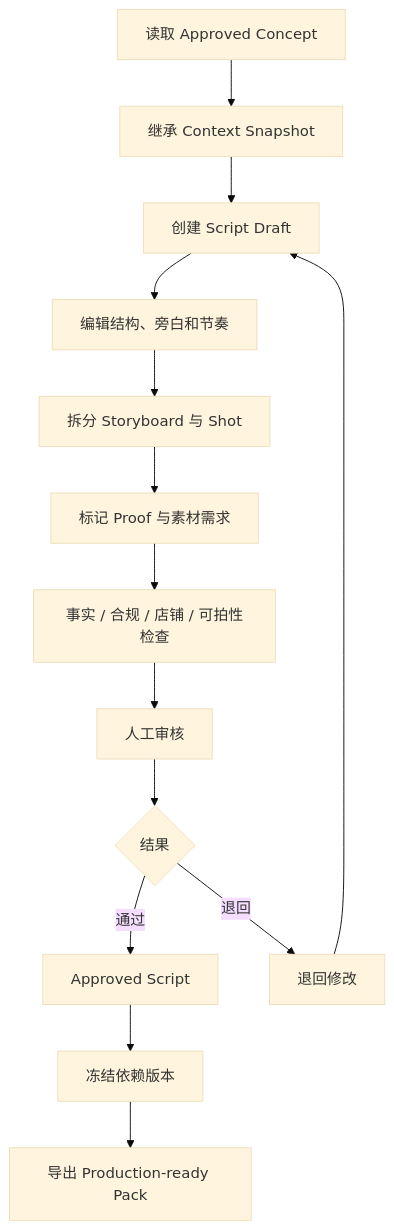
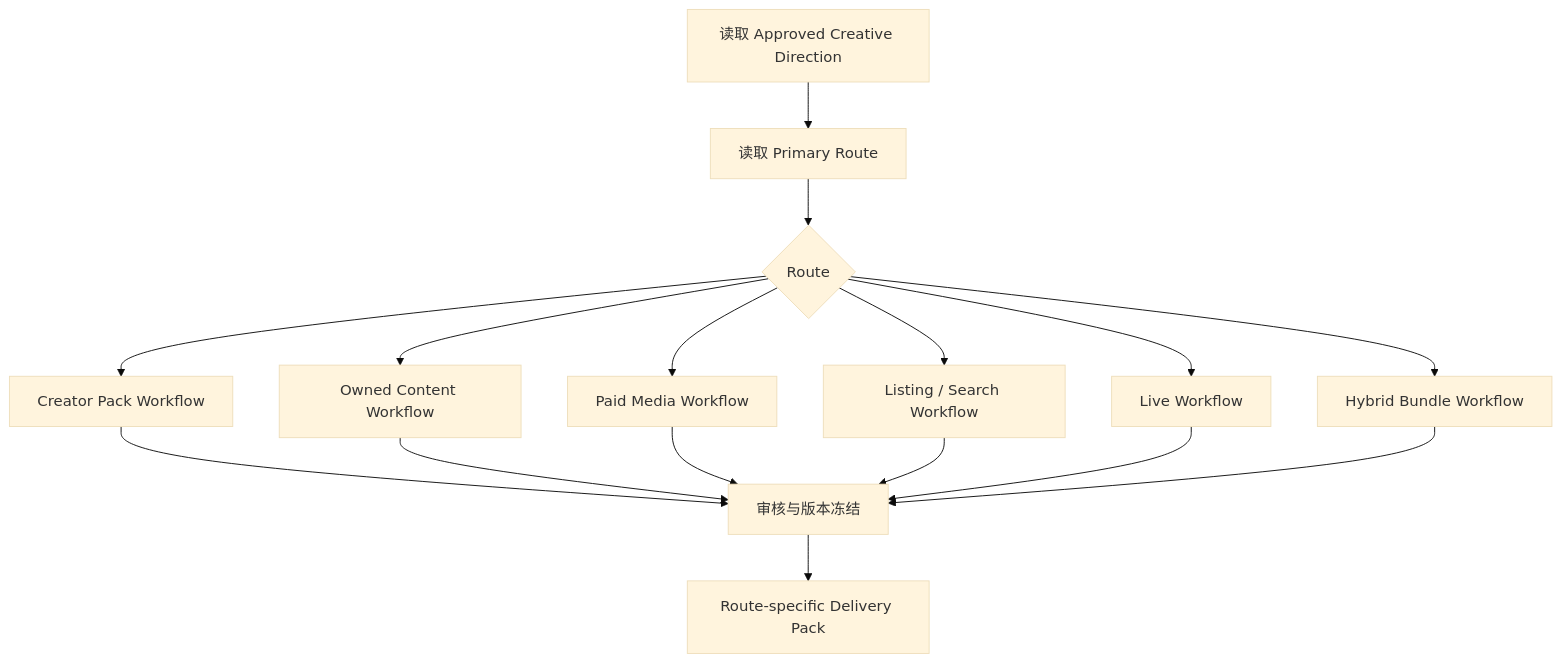
The fourth of 6 diagrams in 05_RELEASE_1_VERTICAL_SLICES.md (SONG-36/TK_Video_Intelligence_Workbench), drawn with Mermaid (base theme) before and after one commit. The commit also changed other lines of this file and 8 other files, not shown here.

````diff
--- a/05_RELEASE_1_VERTICAL_SLICES.md
+++ b/05_RELEASE_1_VERTICAL_SLICES.md
@@ -272,20 +262,29 @@
 ```mermaid
 flowchart TB
-    A[读取 Approved Concept]
-    B[继承 Context Snapshot]
-    C[创建 Script Draft]
-    D[编辑结构、旁白和节奏]
-    E[拆分 Storyboard 与 Shot]
-    F[标记 Proof 与素材需求]
-    G[事实 / 合规 / 店铺 / 可拍性检查]
-    H[人工审核]
-    I{结果}
-    J[Approved Script]
-    K[退回修改]
-    L[冻结依赖版本]
-    M[导出 Production-ready Pack]
+    A[读取 Approved Creative Direction]
+    B[读取 Primary Route]
+    C{Route}
+    D[Creator Pack Workflow]
+    E[Owned Content Workflow]
+    F[Paid Media Workflow]
+    G[Listing / Search Workflow]
+    H[Live Workflow]
+    I[Hybrid Bundle Workflow]
+    J[审核与版本冻结]
+    K[Route-specific Delivery Pack]
 
-    A --> B --> C --> D --> E --> F --> G --> H --> I
-    I -- 通过 --> J --> L --> M
-    I -- 退回 --> K --> C
+    A --> B --> C
+    C --> D
+    C --> E
+    C --> F
+    C --> G
+    C --> H
+    C --> I
+    D --> J
+    E --> J
+    F --> J
+    G --> J
+    H --> J
+    I --> J
+    J --> K
 ```
````
